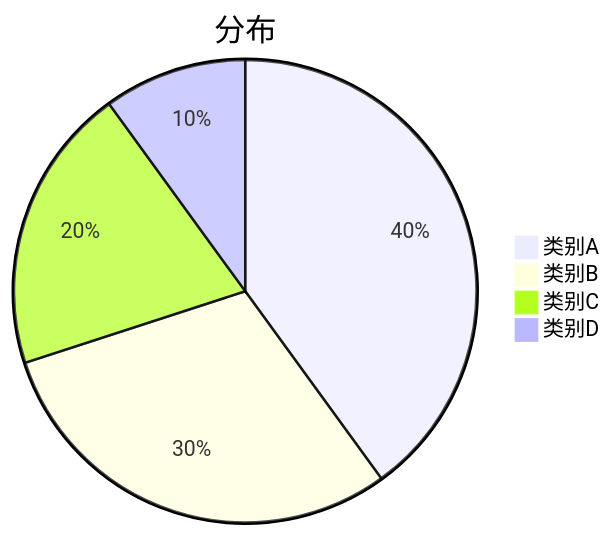
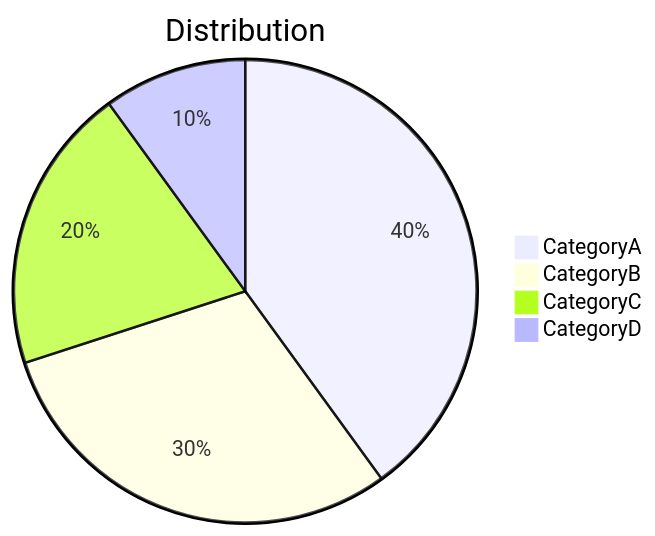
One commit to Ezio2000/lark-skill changed the fourth of 6 diagrams in references/whiteboard/scenes/mermaid.md. Above: the diagram before and after it, drawn with Mermaid. The commit also changed other lines of this file and 441 other files, not shown here.

````diff
--- a/references/whiteboard/scenes/mermaid.md
+++ b/references/whiteboard/scenes/mermaid.md
@@ -67,7 +73,7 @@
 ```mermaid
-pie title 分布
-    "类别A" : 40
-    "类别B" : 30
-    "类别C" : 20
-    "类别D" : 10
+pie title Distribution
+    "CategoryA" : 40
+    "CategoryB" : 30
+    "CategoryC" : 20
+    "CategoryD" : 10
 ```
````
